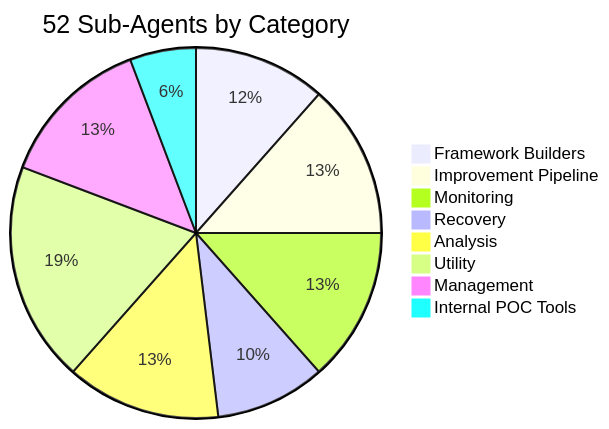
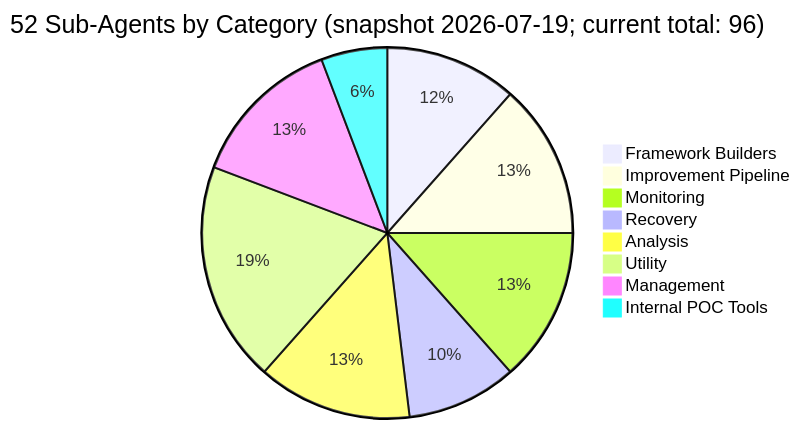
Before and after one commit to mczardybon/mas-engineer: the first of 4 diagrams in docs/agents.md, drawn with Mermaid. The commit also changed other lines of this file and 14 other files, not shown here.

````diff
--- a/docs/agents.md
+++ b/docs/agents.md
@@ -5,11 +5,11 @@
 ```mermaid
-pie title 52 Sub-Agents by Category
+pie title 52 Sub-Agents by Category (snapshot 2026-07-19; current total: 96)
     "Framework Builders" : 6
     "Improvement Pipeline" : 7
     "Monitoring" : 7
     "Recovery" : 5
     "Analysis" : 7
     "Utility" : 10
     "Management" : 7
     "Internal POC Tools" : 3
 ```
````
